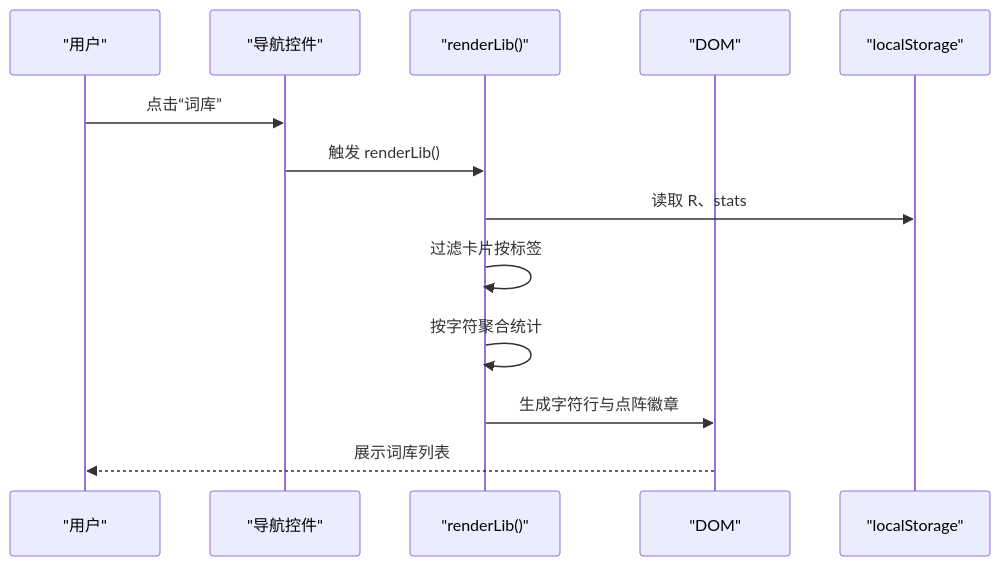
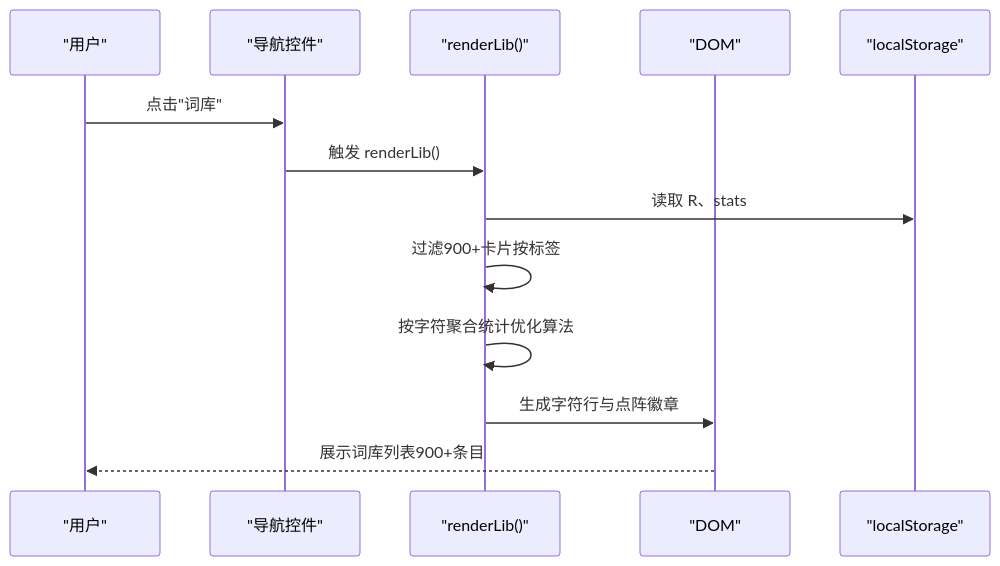
Before and after one commit to lukefun/wenyanbai-demo-v2: the second of 6 diagrams in .qoder/repowiki/zh/content/核心功能/词库浏览.md, drawn with Mermaid. The commit also changed other lines of this file and 6 other files, not shown here.

````diff
--- a/.qoder/repowiki/zh/content/核心功能/词库浏览.md
+++ b/.qoder/repowiki/zh/content/核心功能/词库浏览.md
@@ -80,15 +92,15 @@
 ```mermaid
 sequenceDiagram
 participant U as "用户"
 participant Nav as "导航控件"
 participant Lib as "renderLib()"
 participant DOM as "DOM"
 participant LS as "localStorage"
-U->>Nav : 点击“词库”
+U->>Nav : 点击"词库"
 Nav->>Lib : 触发 renderLib()
 Lib->>LS : 读取 R、stats
-Lib->>Lib : 过滤卡片按标签
-Lib->>Lib : 按字符聚合统计
+Lib->>Lib : 过滤900+卡片按标签
+Lib->>Lib : 按字符聚合统计优化算法
 Lib->>DOM : 生成字符行与点阵徽章
-DOM-->>U : 展示词库列表
+DOM-->>U : 展示词库列表900+条目
 ```
````
